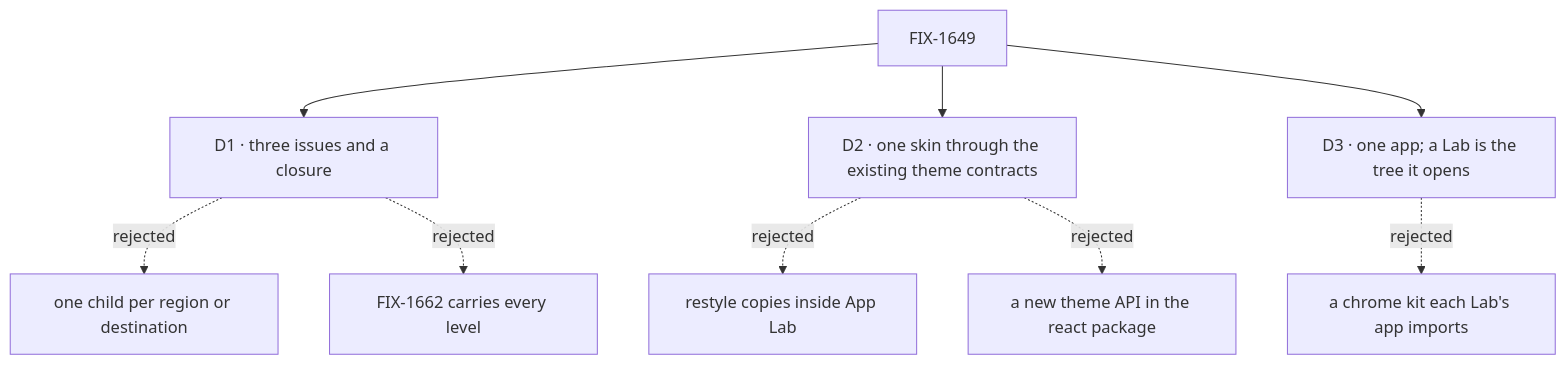
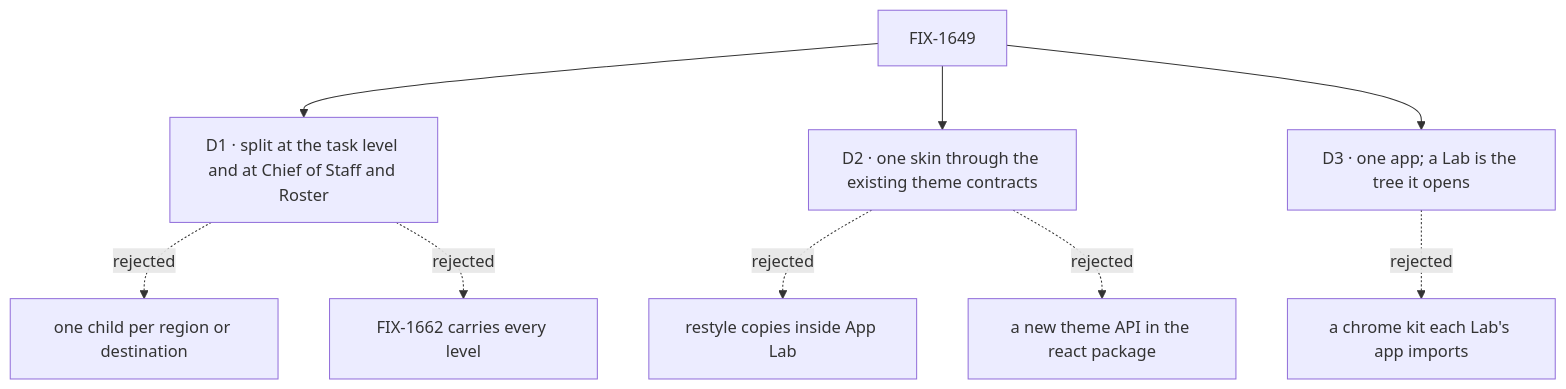
Before and after one commit to fixpoint-labs/flow-state-dev: the diagram in specs/epics/FIX-1649/DECISIONS.md, drawn with Mermaid. The commit also changed other lines of this file and 6 other files, not shown here.

First line of the commit message:
spec(epic): FIX-1649 amend for design v2, Chief of Staff, Roster and the Day/Night switch (ER-10)

````diff
--- a/specs/epics/FIX-1649/DECISIONS.md
+++ b/specs/epics/FIX-1649/DECISIONS.md
@@ -11,11 +11,11 @@
 ```mermaid
 flowchart TD
-  E["FIX-1649"] --> D1["D1 · three issues and a closure"]
+  E["FIX-1649"] --> D1["D1 · split at the task level and at Chief of Staff and Roster"]
   D1 -.->|"rejected"| X1["one child per region or destination"]
   D1 -.->|"rejected"| X1b["FIX-1662 carries every level"]
   E --> D2["D2 · one skin through the existing theme contracts"]
   D2 -.->|"rejected"| X2["restyle copies inside App Lab"]
   D2 -.->|"rejected"| X2b["a new theme API in the react package"]
   E --> D3["D3 · one app; a Lab is the tree it opens"]
   D3 -.->|"rejected"| X3["a chrome kit each Lab's app imports"]
 ```
````
